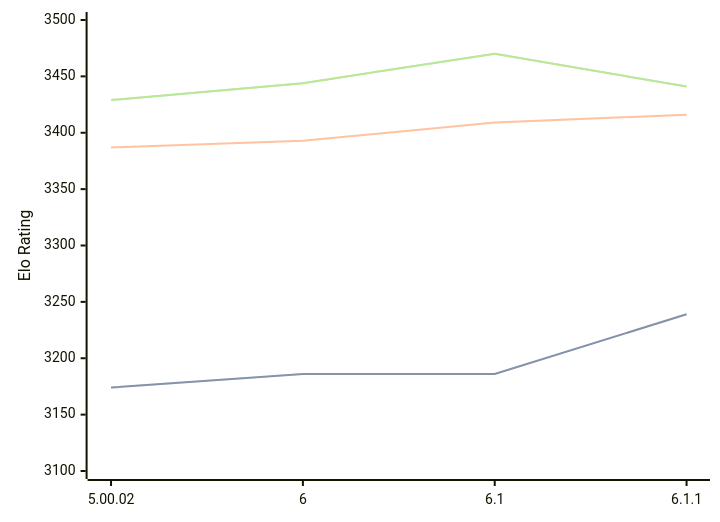
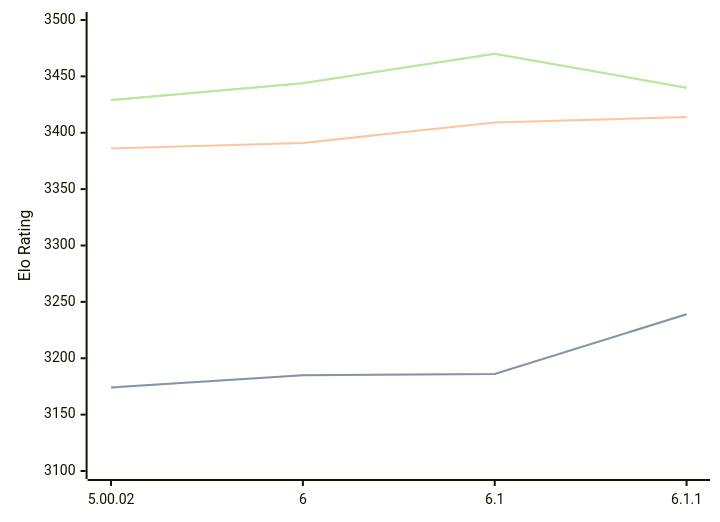
Before and after one commit to computer-chess-index/cci: the diagram in engines/Zangdar.md, drawn with Mermaid. The commit also changed other lines of this file, not shown here.

Commit message:
Update CCI Ratings (ELO VLTC) - 2026-04-20

````diff
--- a/engines/Zangdar.md
+++ b/engines/Zangdar.md
@@ -46,11 +46,11 @@
 ```mermaid
 %%{init: {"theme":"base","themeVariables":{"seriesColors:['#a3a3a3','#222221','#faa371']}}}%%
 xychart-beta
   x-axis ["5.00.02", "6", "6.1", "6.1.1"]
   y-axis "Elo Rating" 3100 --> 3500
-  line "STC (8.0+0.08s)" [3174, 3186, 3186, 3239]
-  line "STC (8.0+0.08s)" [3174, 3186, 3186, 3239]
-  line "LTC (60.0+0.60s)" [3387, 3393, 3409, 3416]
-  line "VLTC (2m24s+1.12s)" [3429, 3444, 3470, 3441]
-  line "VLTC (2m24s+1.12s)" [3429, 3444, 3470, 3441]
+  line "STC (8.0+0.08s)" [3174, 3185, 3186, 3239]
+  line "STC (8.0+0.08s)" [3174, 3185, 3186, 3239]
+  line "LTC (60.0+0.60s)" [3386, 3391, 3409, 3414]
+  line "VLTC (2m24s+1.12s)" [3429, 3444, 3470, 3440]
+  line "VLTC (2m24s+1.12s)" [3429, 3444, 3470, 3440]
 ```
````
